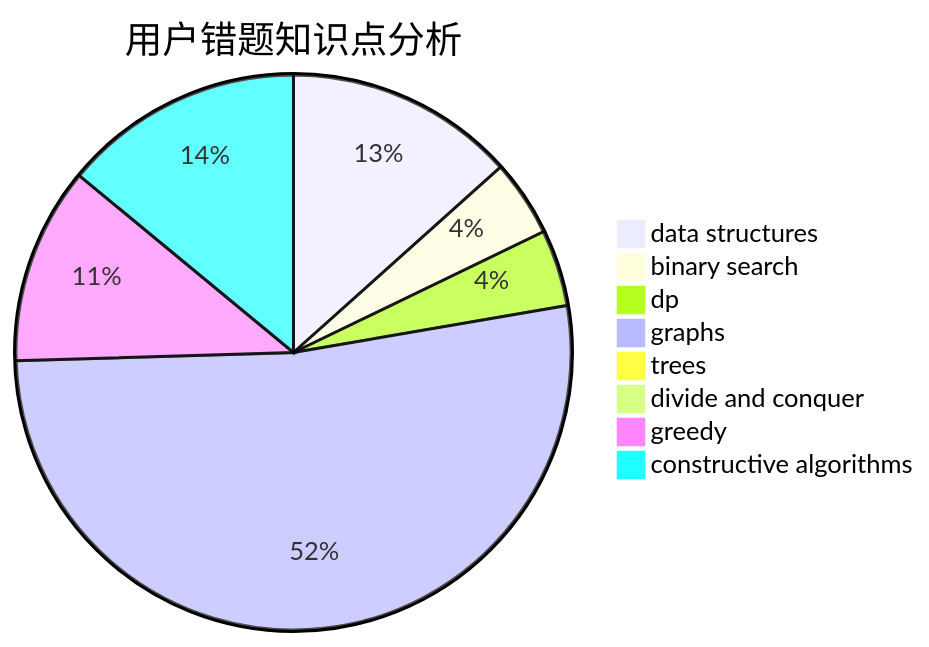
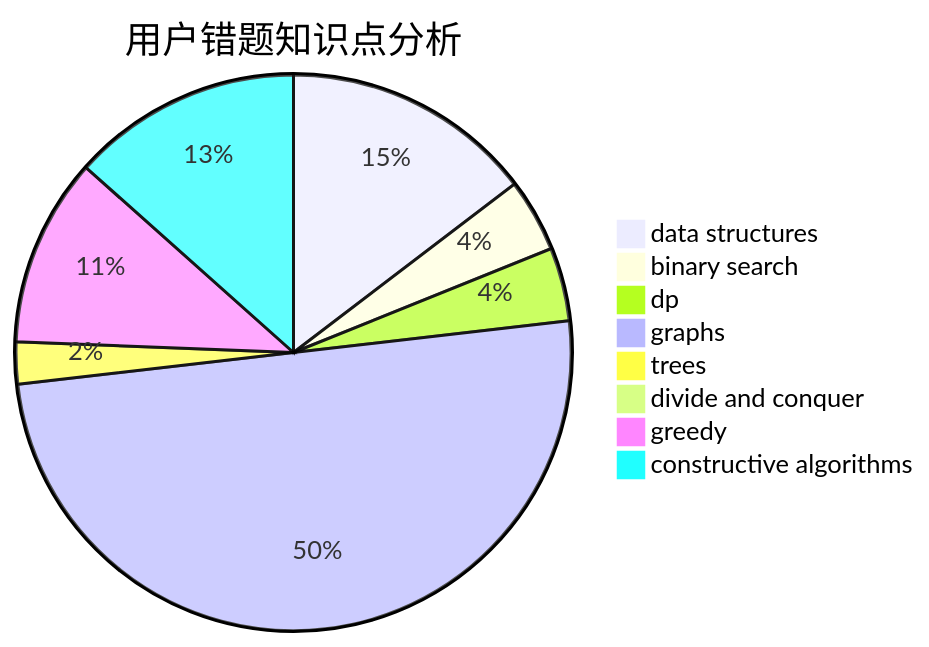
Before and after one commit to sherpahu/cfrs.github.io: the third of 3 diagrams in docs/user/u864.md, drawn with Mermaid. The commit also changed other lines of this file and 2770 other files, not shown here.

````diff
--- a/docs/user/u864.md
+++ b/docs/user/u864.md
@@ -36,11 +36,11 @@
 ```mermaid
 pie title 用户错题知识点分析
-    "data structures" :  21
+    "data structures" :  24
     "binary search" :  7
     "dp" :  7
     "graphs" :  82
-    "trees" :  1
+    "trees" :  4
     "divide and conquer" :  0
     "greedy" :  18
     "constructive algorithms" :  22
 ```
````
